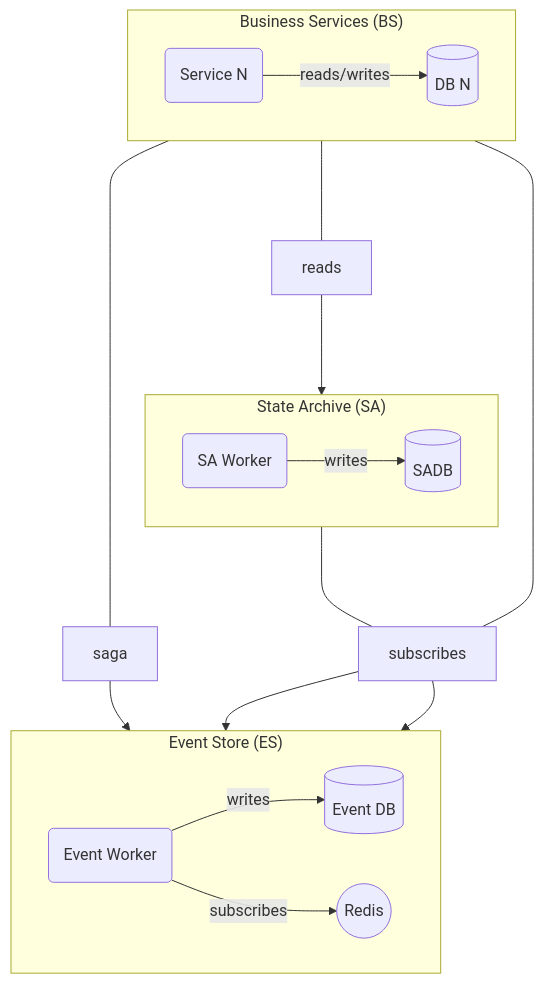
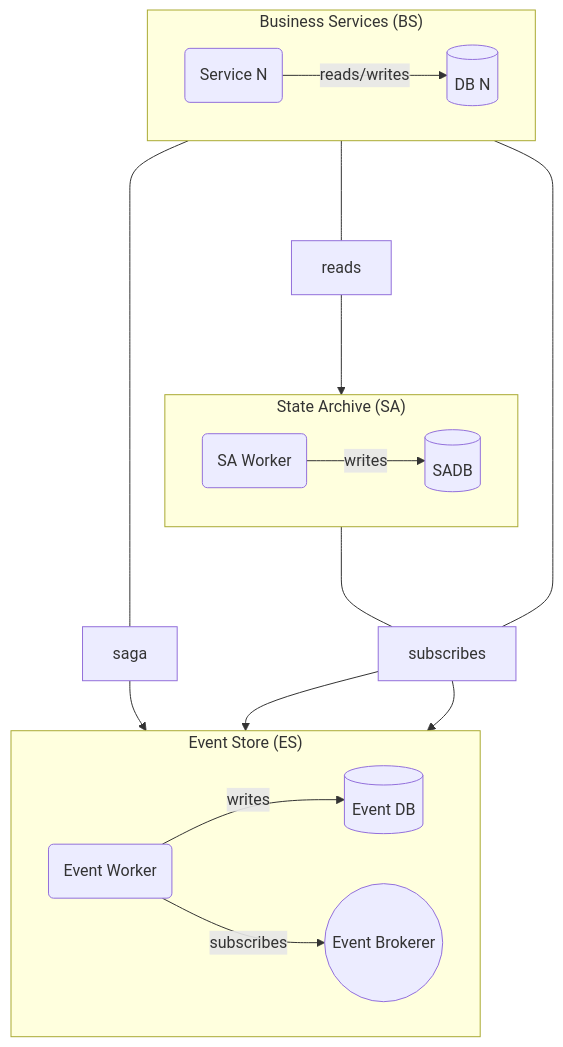
Before and after one commit to IsaacClank/vanch: the second of 2 diagrams in docs/architecture.md, drawn with Mermaid.

Commit message:
Rename component in architecture document

````diff
--- a/docs/architecture.md
+++ b/docs/architecture.md
@@ -20,36 +20,36 @@
 ```mermaid
 flowchart TD
   subgraph bs ["Business Services (BS)"]
     direction LR
 
     bsService(Service N)
     bsDb[(DB N)]
     
     bsService --reads/writes--> bsDb
   end
   
   subgraph sa ["State Archive (SA)"]
     direction LR
     
     saWorker(SA Worker)
     saDb[(SADB)]
     
     saWorker --writes--> saDb
   end
   
   subgraph es ["Event Store (ES)"]
     direction LR
   
     esApi(Event Worker)
-    esBrokerer((Redis))
+    esBrokerer((Event Brokerer))
     esDb[(Event DB)]
     
     esApi --writes--> esDb
     esApi --subscribes--> esBrokerer
   end
   
   bsService ----reads---> saDb
   bsService ----saga--> esBrokerer
   bsService ----subscribes--> esBrokerer
   saWorker ----subscribes--> esBrokerer
 ```
````
